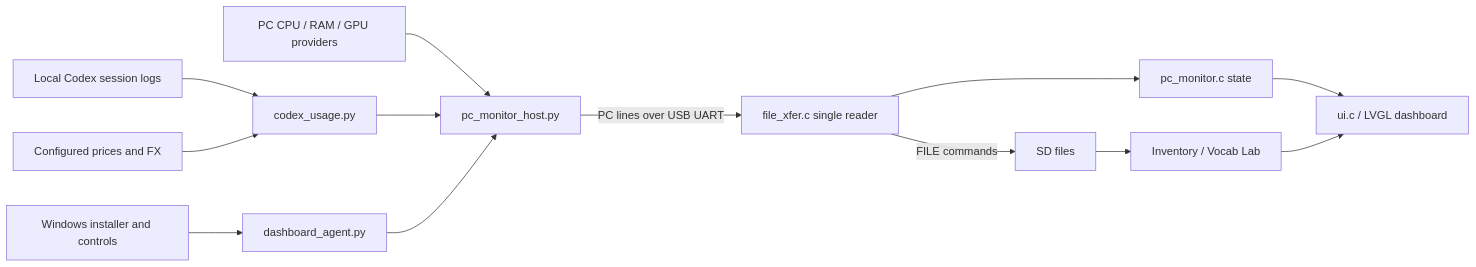
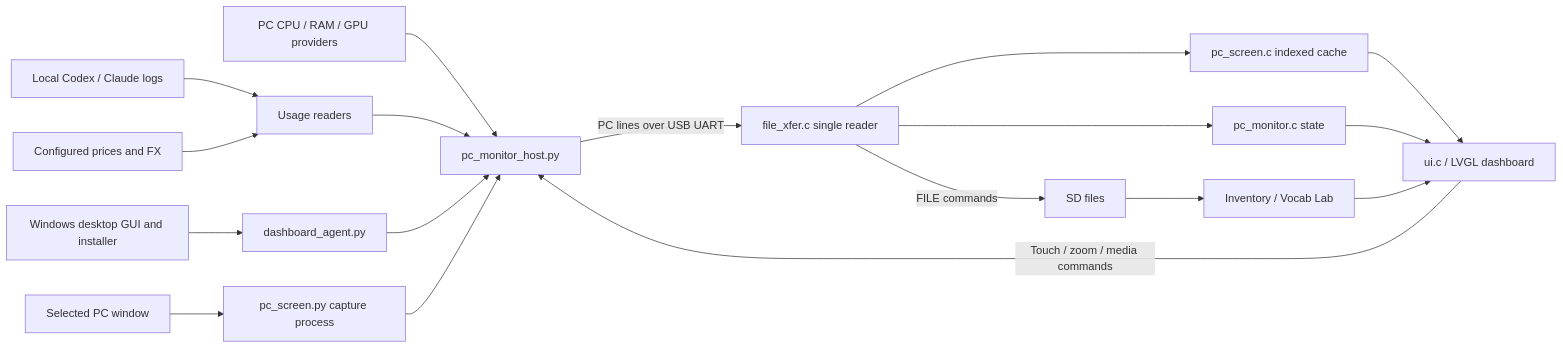
Before and after one commit to mengqy2022/Esp32-touch: the diagram in docs/ARCHITECTURE.md, drawn with Mermaid. The commit also changed other lines of this file and 12 other files, not shown here.

Commit message:
docs: explain PC SCREEN controls, desktop GUI and game upgrades

````diff
--- a/docs/ARCHITECTURE.md
+++ b/docs/ARCHITECTURE.md
@@ -6,15 +7,20 @@
 ```mermaid
 flowchart LR
     OS[PC CPU / RAM / GPU providers] --> Host[pc_monitor_host.py]
-    Logs[Local Codex session logs] --> Usage[codex_usage.py]
+    Logs[Local Codex / Claude logs] --> Usage[Usage readers]
     Prices[Configured prices and FX] --> Usage
     Usage --> Host
-    App[Windows installer and controls] --> Agent[dashboard_agent.py]
+    App[Windows desktop GUI and installer] --> Agent[dashboard_agent.py]
     Agent --> Host
+    Window[Selected PC window] --> Capture[pc_screen.py capture process]
+    Capture --> Host
     Host -->|PC lines over USB UART| RX[file_xfer.c single reader]
     RX --> PC[pc_monitor.c state]
+    RX --> Screen[pc_screen.c indexed cache]
+    Screen --> UI
+    UI -->|Touch / zoom / media commands| Host
     PC --> UI[ui.c / LVGL dashboard]
     RX -->|FILE commands| SD[SD files]
     SD --> Tools[Inventory / Vocab Lab]
     Tools --> UI
 ```
````
